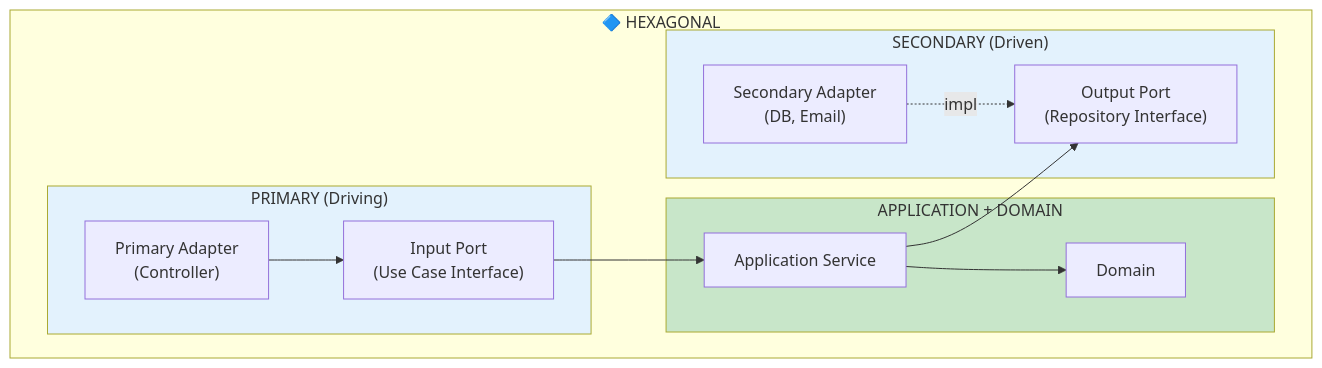
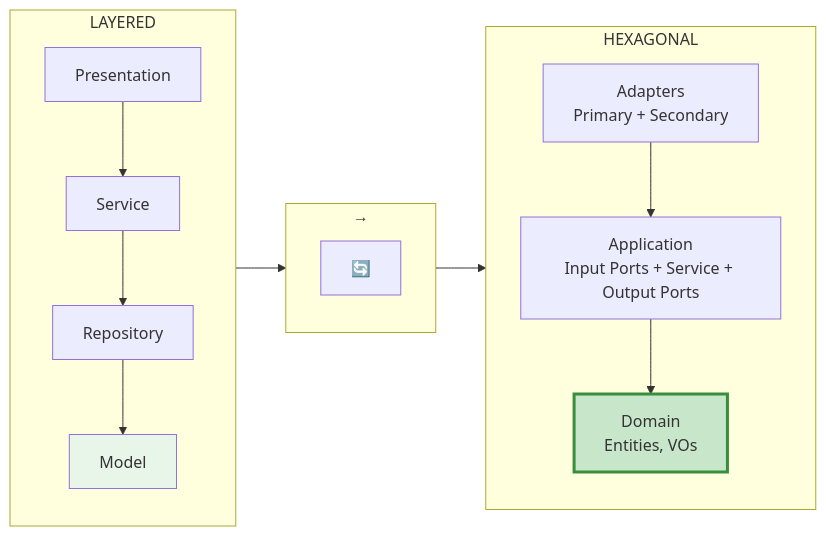
Diagram 15 of 18 in tutorialHexagonal.md (travelplanner04/ddd-example), drawn with Mermaid before and after one commit. The commit also changed other lines of this file and 2 other files, not shown here.

````diff
--- a/tutorialHexagonal.md
+++ b/tutorialHexagonal.md
@@ -758,29 +950,29 @@
 ```mermaid
-graph TB
-    subgraph "🔷 HEXAGONAL"
-        subgraph Primary ["PRIMARY (Driving)"]
-            PA["Primary Adapter<br/>(Controller)"]
-            IP["Input Port<br/>(Use Case Interface)"]
-        end
-
-        subgraph Core ["APPLICATION + DOMAIN"]
-            Service["Application Service"]
-            Domain["Domain"]
-        end
-
-        subgraph Secondary ["SECONDARY (Driven)"]
-            OP["Output Port<br/>(Repository Interface)"]
-            SA["Secondary Adapter<br/>(DB, Email)"]
-        end
-
-        PA --> IP
-        IP --> Service
-        Service --> Domain
-        Service --> OP
-        SA -.->|"impl"| OP
+graph LR
+    subgraph Layered ["LAYERED"]
+        direction TB
+        LP[Presentation]
+        LS[Service]
+        LR[Repository]
+        LM[Model]
+        LP --> LS --> LR --> LM
     end
 
-    style Core fill:#c8e6c9
-    style Primary fill:#e3f2fd
-    style Secondary fill:#e3f2fd
+    subgraph Transform ["→"]
+        T["🔄"]
+    end
+
+    subgraph Hexagonal ["HEXAGONAL"]
+        direction TB
+        HA[Adapters<br/>Primary + Secondary]
+        HAP[Application<br/>Input Ports + Service + Output Ports]
+        HD[Domain<br/>Entities, VOs]
+
+        HA --> HAP --> HD
+    end
+
+    Layered --> Transform --> Hexagonal
+
+    style LM fill:#e8f5e9
+    style HD fill:#c8e6c9,stroke:#388e3c,stroke-width:3px
 ```
````
